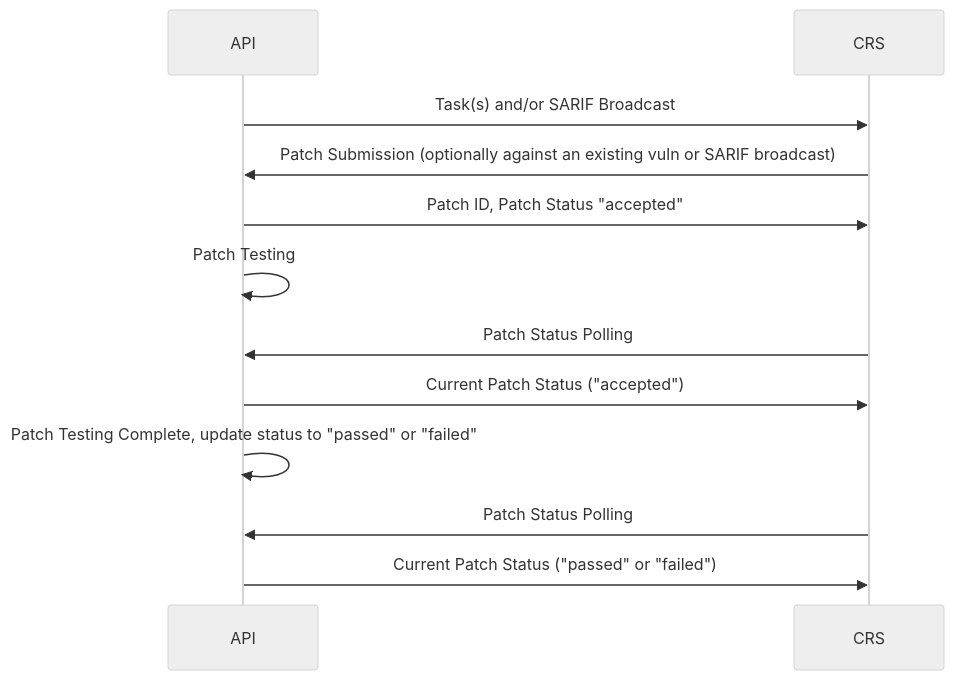
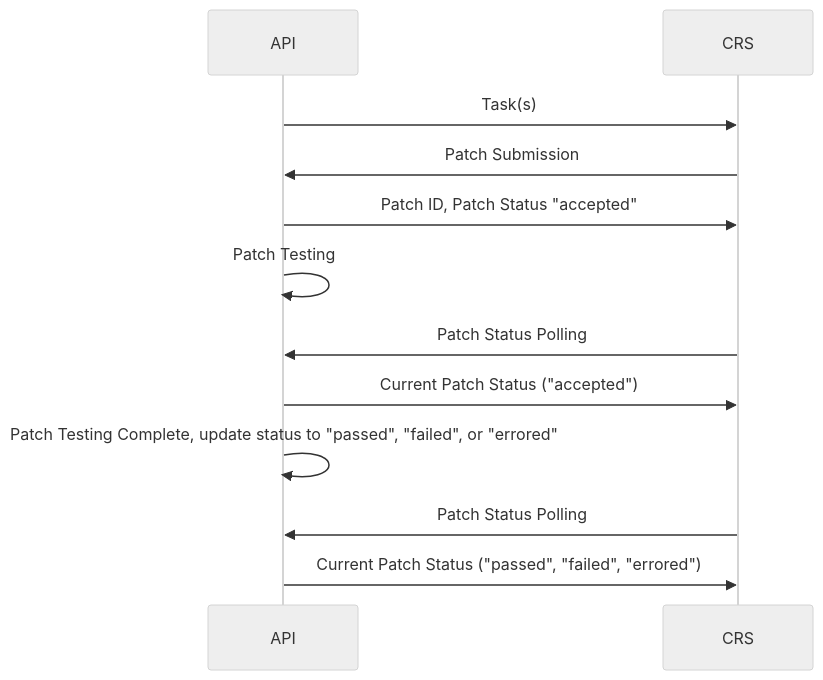
One commit to AIxCyberChallenge/example-crs-architecture changed the third of 5 diagrams in docs/api/README.md. Above: the diagram before and after it, drawn with Mermaid (neutral theme). The commit also changed other lines of this file and 5 other files, not shown here.

````diff
--- a/docs/api/README.md
+++ b/docs/api/README.md
@@ -80,14 +80,14 @@
 ```mermaid
 sequenceDiagram
     accTitle: CRS Patch Submission Workflow
 
-    API->>CRS: Task(s) and/or SARIF Broadcast
-    CRS->>API: Patch Submission (optionally against an existing vuln or SARIF broadcast)
+    API->>CRS: Task(s)
+    CRS->>API: Patch Submission
     API->>CRS: Patch ID, Patch Status "accepted"
     API->>API: Patch Testing
     CRS->>API: Patch Status Polling
     API->>CRS: Current Patch Status ("accepted")
-    API->>API: Patch Testing Complete, update status to "passed" or "failed"
+    API->>API: Patch Testing Complete, update status to "passed", "failed", or "errored"
     CRS->>API: Patch Status Polling
-    API->>CRS: Current Patch Status ("passed" or "failed")
+    API->>CRS: Current Patch Status ("passed", "failed", "errored")
 ```
````
